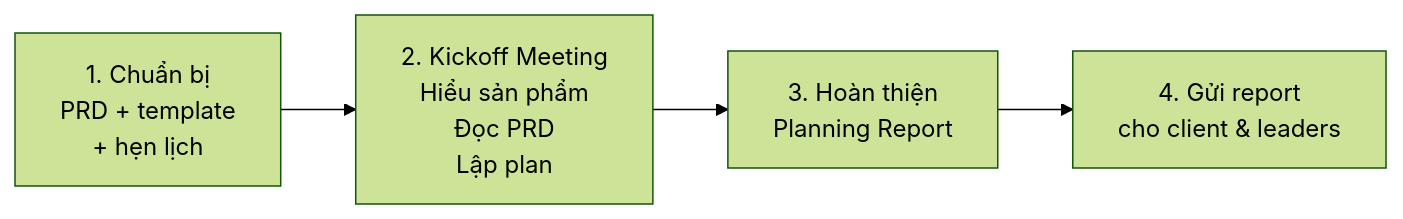
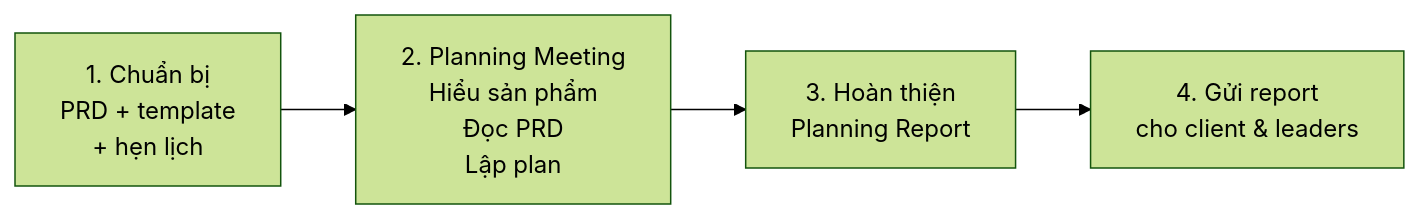
One commit to Cyberk-Official/handbooks changed the diagram in delivery/pl-planning/planning-process.md. Above: the diagram before and after it, drawn with Mermaid (forest theme). The commit also changed other lines of this file and 37 other files, not shown here.

````diff
--- a/delivery/pl-planning/planning-process.md
+++ b/delivery/pl-planning/planning-process.md
@@ -19,6 +19,6 @@
 ```mermaid
 flowchart LR
-    A["1. Chuẩn bị\nPRD + template\n+ hẹn lịch"] --> B["2. Kickoff Meeting\nHiểu sản phẩm\nĐọc PRD\nLập plan"]
+    A["1. Chuẩn bị\nPRD + template\n+ hẹn lịch"] --> B["2. Planning Meeting\nHiểu sản phẩm\nĐọc PRD\nLập plan"]
     B --> C["3. Hoàn thiện\nPlanning Report"]
     C --> D["4. Gửi report\ncho client & leaders"]
 ```
````
